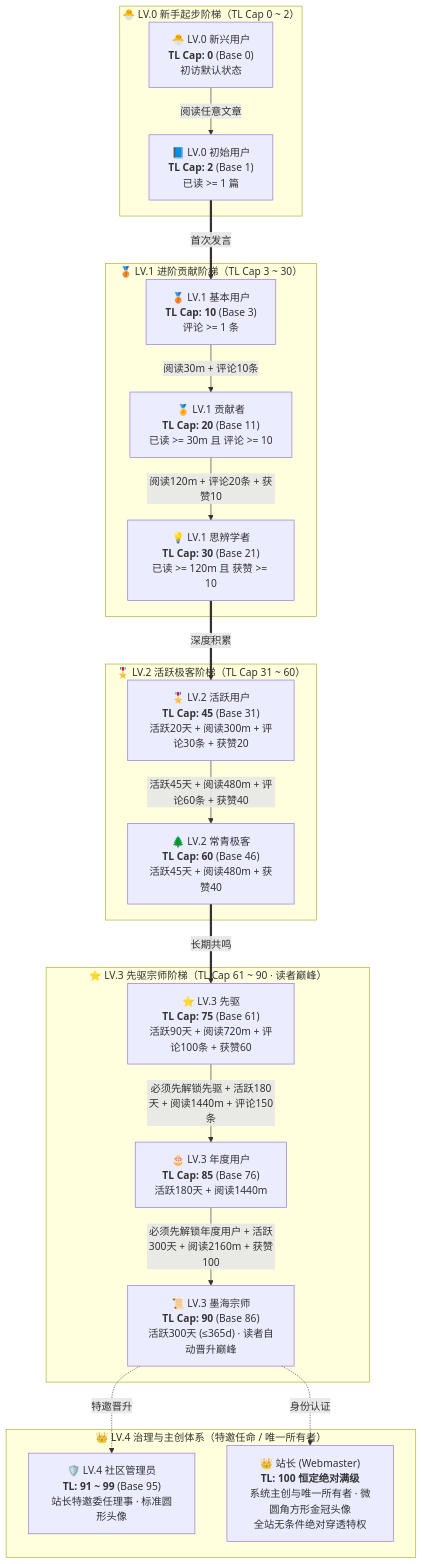
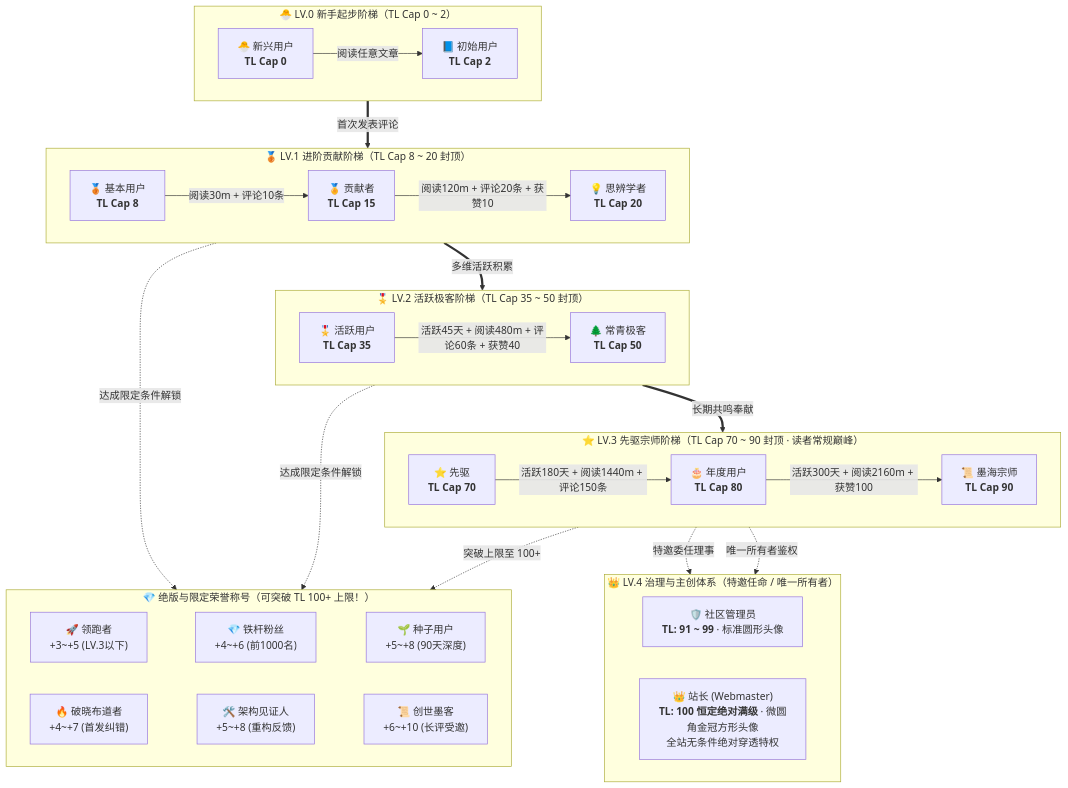
Before and after one commit to shijianus/astro-theme-shijianus: the diagram in src/content/posts/badges-guide.md, drawn with Mermaid. The commit also changed other lines of this file and 1 other file, not shown here.

````diff
--- a/src/content/posts/badges-guide.md
+++ b/src/content/posts/badges-guide.md
@@ -73,31 +83,45 @@
 ```mermaid
 flowchart TD
     subgraph LV0["🐣 LV.0 新手起步阶梯（TL Cap 0 ~ 2）"]
-        TL0["🐣 LV.0 新兴用户<br/><b>TL Cap: 0</b> (Base 0)<br/>初访默认状态"] -->|阅读任意文章| TL2["📘 LV.0 初始用户<br/><b>TL Cap: 2</b> (Base 1)<br/>已读 >= 1 篇"]
+        direction LR
+        TL0["🐣 新兴用户<br/><b>TL Cap 0</b>"] -->|阅读任意文章| TL2["📘 初始用户<br/><b>TL Cap 2</b>"]
     end
 
-    subgraph LV1["🥉 LV.1 进阶贡献阶梯（TL Cap 3 ~ 30）"]
-        TL10["🥉 LV.1 基本用户<br/><b>TL Cap: 10</b> (Base 3)<br/>评论 >= 1 条"] -->|阅读30m + 评论10条| TL20["🏅 LV.1 贡献者<br/><b>TL Cap: 20</b> (Base 11)<br/>已读 >= 30m 且 评论 >= 10"]
-        TL20 -->|阅读120m + 评论20条 + 获赞10| TL30["💡 LV.1 思辨学者<br/><b>TL Cap: 30</b> (Base 21)<br/>已读 >= 120m 且 获赞 >= 10"]
+    subgraph LV1["🥉 LV.1 进阶贡献阶梯（TL Cap 8 ~ 20 封顶）"]
+        direction LR
+        TL8["🥉 基本用户<br/><b>TL Cap 8</b>"] -->|阅读30m + 评论10条| TL15["🏅 贡献者<br/><b>TL Cap 15</b>"]
+        TL15 -->|阅读120m + 评论20条 + 获赞10| TL20["💡 思辨学者<br/><b>TL Cap 20</b>"]
     end
 
-    subgraph LV2["🎖️ LV.2 活跃极客阶梯（TL Cap 31 ~ 60）"]
-        TL45["🎖️ LV.2 活跃用户<br/><b>TL Cap: 45</b> (Base 31)<br/>活跃20天 + 阅读300m + 评论30条 + 获赞20"] -->|活跃45天 + 阅读480m + 评论60条 + 获赞40| TL60["🌲 LV.2 常青极客<br/><b>TL Cap: 60</b> (Base 46)<br/>活跃45天 + 阅读480m + 获赞40"]
+    subgraph LV2["🎖️ LV.2 活跃极客阶梯（TL Cap 35 ~ 50 封顶）"]
+        direction LR
+        TL35["🎖️ 活跃用户<br/><b>TL Cap 35</b>"] -->|活跃45天 + 阅读480m + 评论60条 + 获赞40| TL50["🌲 常青极客<br/><b>TL Cap 50</b>"]
     end
 
-    subgraph LV3["⭐ LV.3 先驱宗师阶梯（TL Cap 61 ~ 90 · 读者巅峰）"]
-        TL75["⭐ LV.3 先驱<br/><b>TL Cap: 75</b> (Base 61)<br/>活跃90天 + 阅读720m + 评论100条 + 获赞60"] -->|必须先解锁先驱 + 活跃180天 + 阅读1440m + 评论150条| TL85["🎂 LV.3 年度用户<br/><b>TL Cap: 85</b> (Base 76)<br/>活跃180天 + 阅读1440m"]
-        TL85 -->|必须先解锁年度用户 + 活跃300天 + 阅读2160m + 获赞100| TL90["📜 LV.3 墨海宗师<br/><b>TL Cap: 90</b> (Base 86)<br/>活跃300天 (≤365d) · 读者自动晋升巅峰"]
+    subgraph LV3["⭐ LV.3 先驱宗师阶梯（TL Cap 70 ~ 90 封顶 · 读者常规巅峰）"]
+        direction LR
+        TL70["⭐ 先驱<br/><b>TL Cap 70</b>"] -->|活跃180天 + 阅读1440m + 评论150条| TL80["🎂 年度用户<br/><b>TL Cap 80</b>"]
+        TL80 -->|活跃300天 + 阅读2160m + 获赞100| TL90["📜 墨海宗师<br/><b>TL Cap 90</b>"]
+    end
+
+    subgraph SPEC["💎 绝版与限定荣誉称号（可突破 TL 100+ 上限！）"]
+        direction LR
+        SP1["🚀 领跑者<br/>+3~+5 (LV.3以下)"] ~~~ SP2["💎 铁杆粉丝<br/>+4~+6 (前1000名)"] ~~~ SP3["🌱 种子用户<br/>+5~+8 (90天深度)"]
+        SP4["🔥 破晓布道者<br/>+4~+7 (首发纠错)"] ~~~ SP5["🛠️ 架构见证人<br/>+5~+8 (重构反馈)"] ~~~ SP6["📜 创世墨客<br/>+6~+10 (长评受邀)"]
     end
 
     subgraph LV4["👑 LV.4 治理与主创体系（特邀任命 / 唯一所有者）"]
-        ADMIN["🛡️ LV.4 社区管理员<br/><b>TL: 91 ~ 99</b> (Base 95)<br/>站长特邀委任理事 · 标准圆形头像"]
-        OWNER["👑 站长 (Webmaster)<br/><b>TL: 100 恒定绝对满级</b><br/>系统主创与唯一所有者 · 微圆角方形金冠头像<br/>全站无条件绝对穿透特权"]
+        direction LR
+        ADMIN["🛡️ 社区管理员<br/><b>TL: 91 ~ 99</b> · 标准圆形头像"]
+        OWNER["👑 站长 (Webmaster)<br/><b>TL: 100 恒定绝对满级</b> · 微圆角金冠方形头像<br/>全站无条件绝对穿透特权"]
     end
 
-    TL2 ==>|首次发言| TL10
-    TL30 ==>|深度积累| TL45
-    TL60 ==>|长期共鸣| TL75
-    TL90 -. 特邀晋升 .-> ADMIN
-    TL90 -. 身份认证 .-> OWNER
+    TL2 ==>|首次发表评论| TL8
+    TL20 ==>|多维活跃积累| TL35
+    TL50 ==>|长期共鸣奉献| TL70
+    TL90 -. 特邀委任理事 .-> ADMIN
+    TL90 -. 唯一所有者鉴权 .-> OWNER
+    LV1 -. 达成限定条件解锁 .-> SPEC
+    LV2 -. 达成限定条件解锁 .-> SPEC
+    LV3 -. 突破上限至 100+ .-> SPEC
 ```
````
